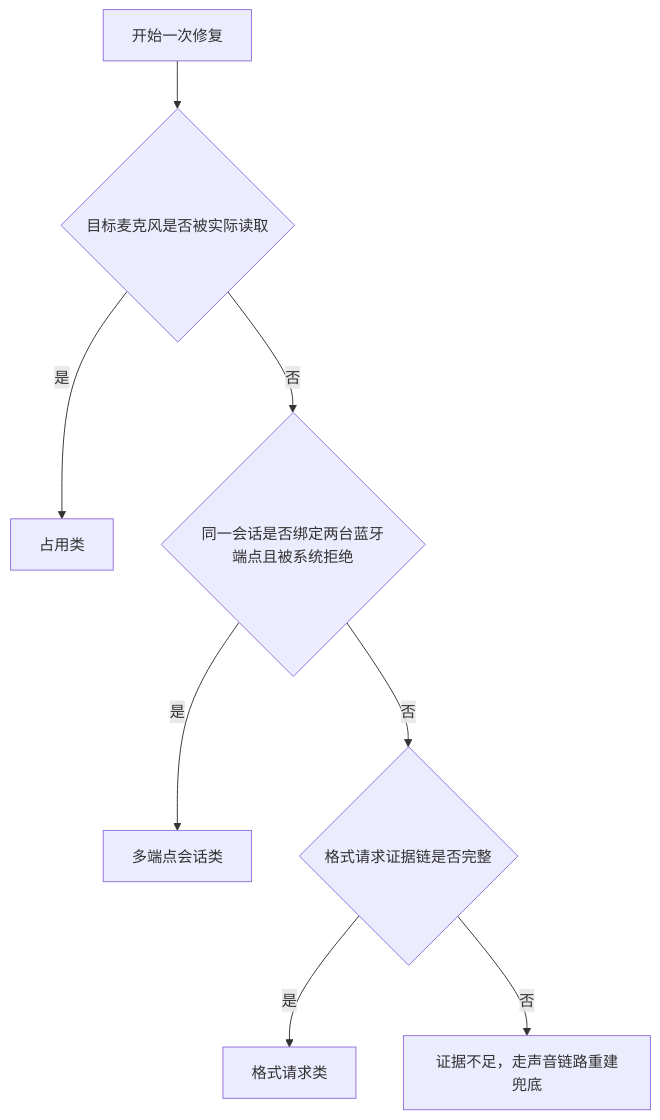
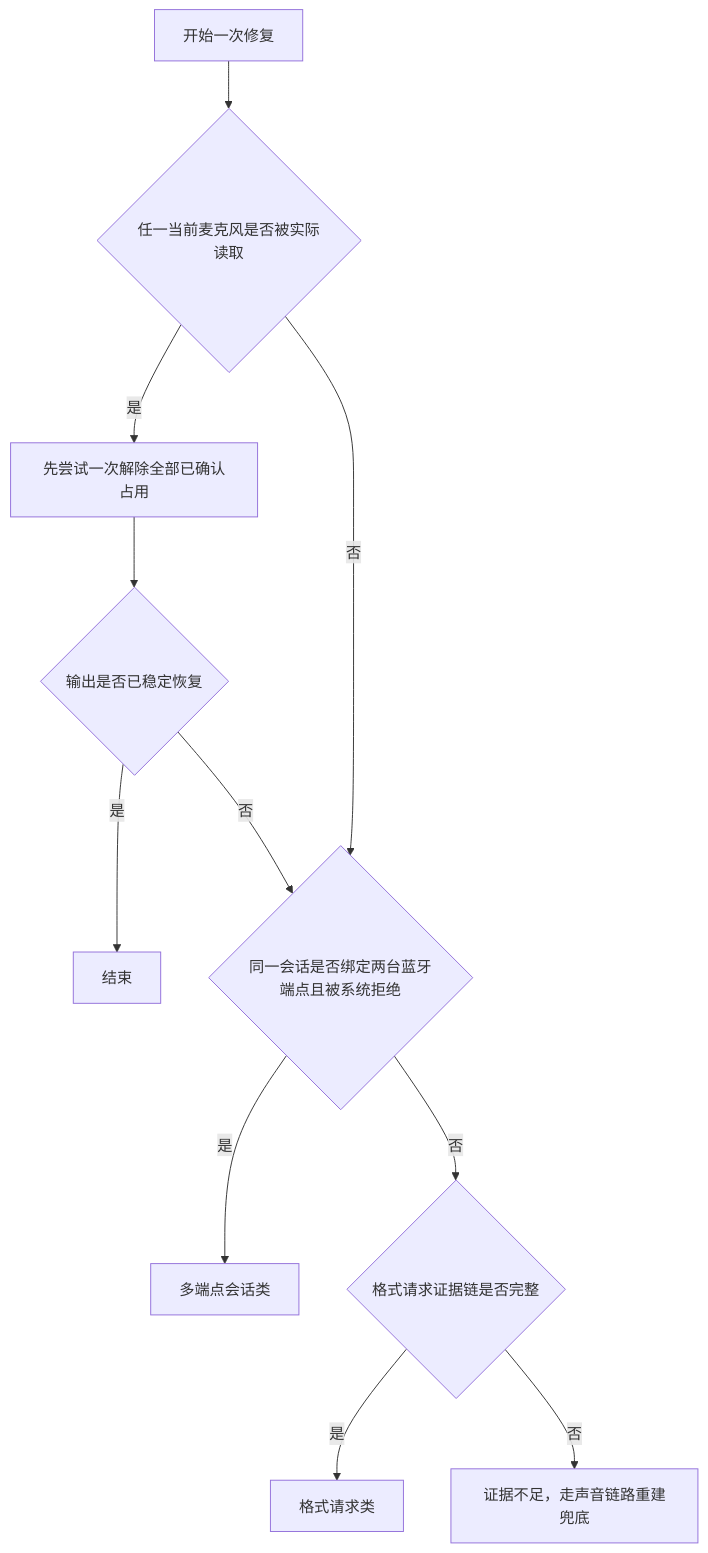
Before and after one commit to andy-JustSayWhen/fix-Bluetooth-earphone-audio-problem: the diagram in knowledge/wiki/HFP一键修复前端实测/00-HFP一键修复前端实测方法.md, drawn with Mermaid. The commit also changed other lines of this file and 11 other files, not shown here.

````diff
--- a/knowledge/wiki/HFP一键修复前端实测/00-HFP一键修复前端实测方法.md
+++ b/knowledge/wiki/HFP一键修复前端实测/00-HFP一键修复前端实测方法.md
@@ -58,10 +59,13 @@
 ```mermaid
 flowchart TD
-    A[开始一次修复] --> B{目标麦克风是否被实际读取}
-    B -->|是| C[占用类]
-    B -->|否| D{同一会话是否绑定两台蓝牙端点且被系统拒绝}
-    D -->|是| E[多端点会话类]
-    D -->|否| F{格式请求证据链是否完整}
-    F -->|是| G[格式请求类]
-    F -->|否| H[证据不足，走声音链路重建兜底]
+    A[开始一次修复] --> B{任一当前麦克风是否被实际读取}
+    B -->|是| C[先尝试一次解除全部已确认占用]
+    C --> D{输出是否已稳定恢复}
+    D -->|是| I[结束]
+    D -->|否| E{同一会话是否绑定两台蓝牙端点且被系统拒绝}
+    B -->|否| E
+    E -->|是| F[多端点会话类]
+    E -->|否| G{格式请求证据链是否完整}
+    G -->|是| H[格式请求类]
+    G -->|否| J[证据不足，走声音链路重建兜底]
 ```
````
